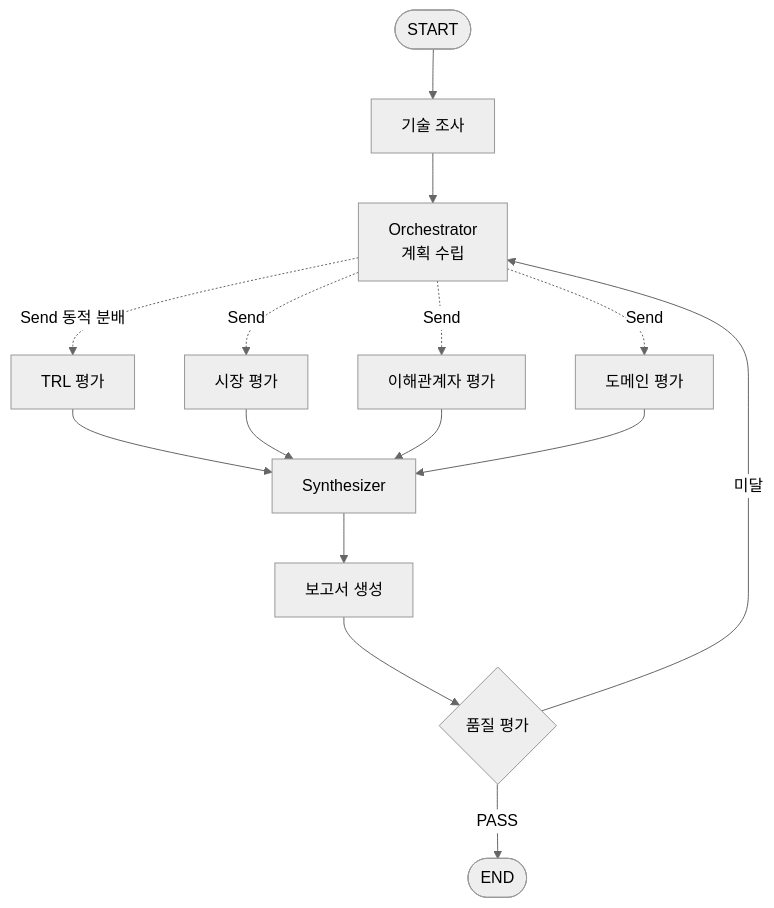
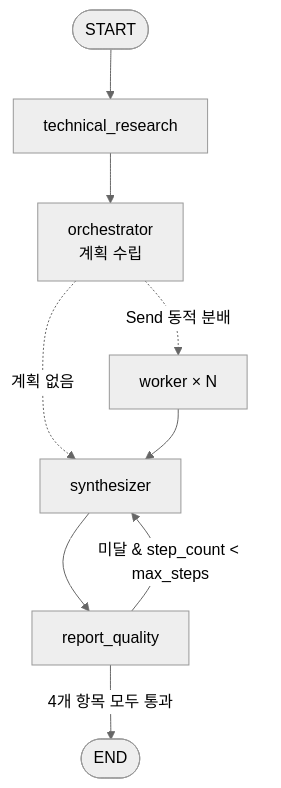
One commit to Team-1253/KV-cache-LangGraph changed the diagram in README.md. Above: the diagram before and after it, drawn with Mermaid (neutral theme). The commit also changed other lines of this file, not shown here.

````diff
--- a/README.md
+++ b/README.md
@@ -167,17 +155,11 @@
 ```mermaid
 graph TD;
-    START([START]) --> TR[기술 조사]
-    TR --> OR[Orchestrator<br/>계획 수립]
-    OR -. Send 동적 분배 .-> W1[TRL 평가]
-    OR -. Send .-> W2[시장 평가]
-    OR -. Send .-> W3[이해관계자 평가]
-    OR -. Send .-> W4[도메인 평가]
-    W1 --> SY[Synthesizer]
-    W2 --> SY
-    W3 --> SY
-    W4 --> SY
-    SY --> RP[보고서 생성]
-    RP --> QG{품질 평가}
-    QG -- PASS --> END([END])
-    QG -- 미달 --> OR
+    START([START]) --> TR[technical_research]
+    TR --> OR[orchestrator<br/>계획 수립]
+    OR -. Send 동적 분배 .-> W[worker × N]
+    OR -. 계획 없음 .-> SY[synthesizer]
+    W --> SY
+    SY --> RQ[report_quality]
+    RQ -- 4개 항목 모두 통과 --> END([END])
+    RQ -- 미달 & step_count < max_steps --> SY
 ```
````
